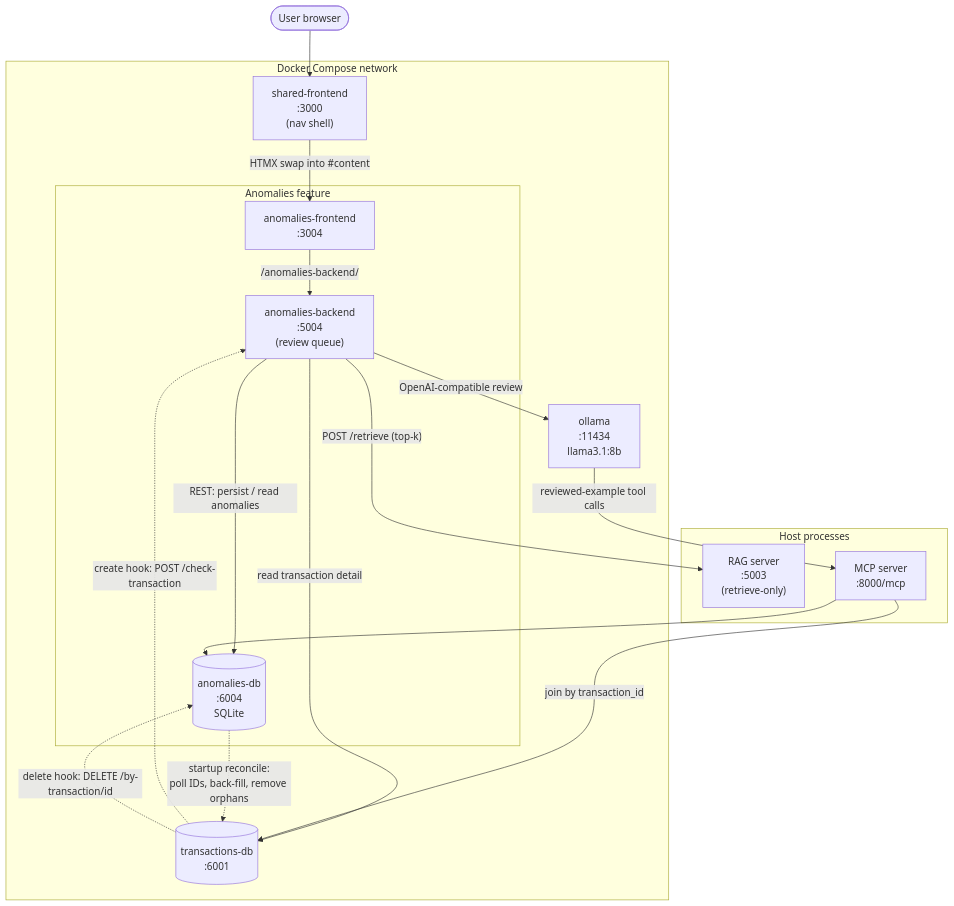
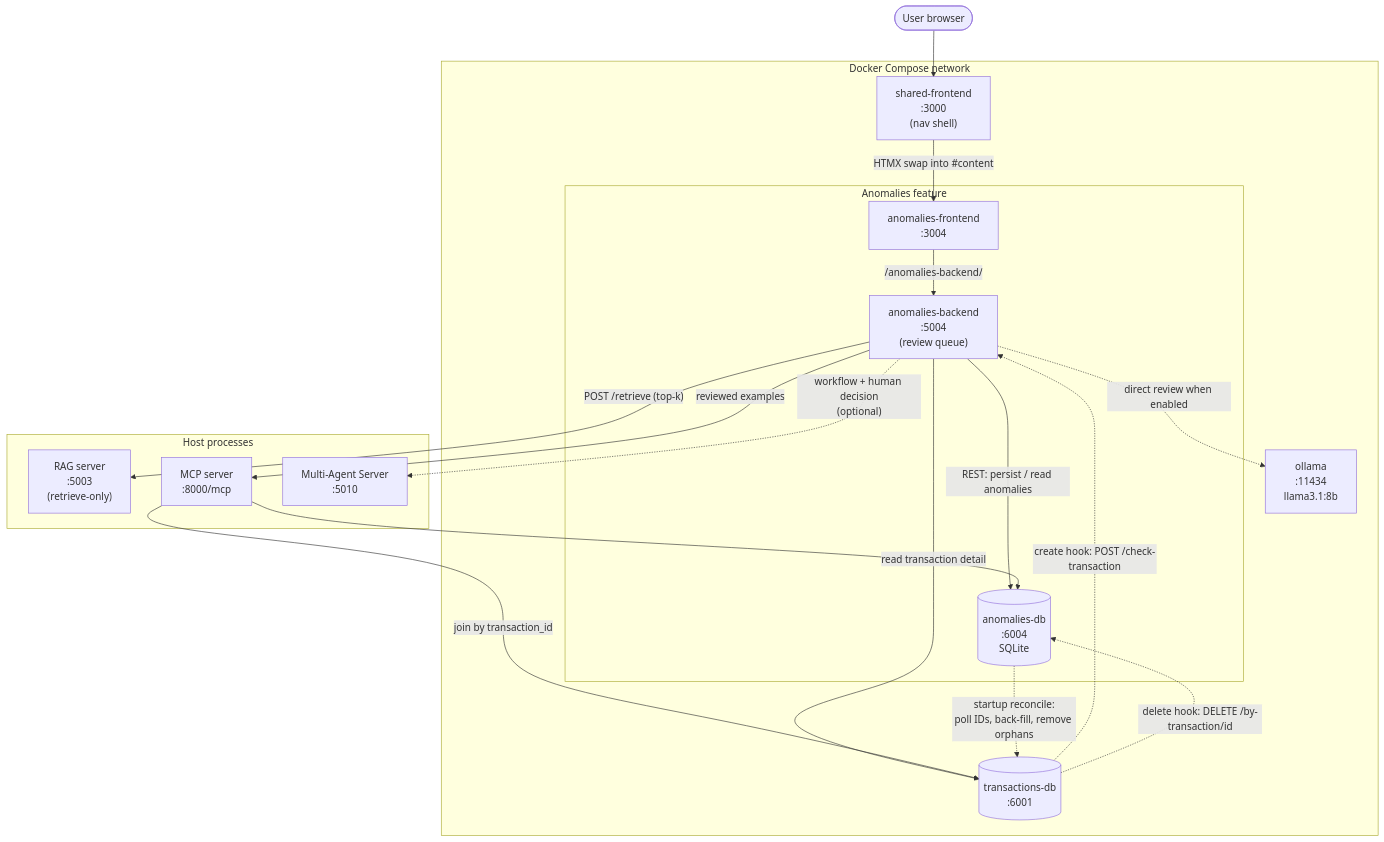
The diagram in docs/release-1/aiden/README.md (David-S-22/Tally), drawn with Mermaid before and after one commit. The commit also changed other lines of this file and 22 other files, not shown here.

Commit message:
multi agent workflow

````diff
--- a/docs/release-1/aiden/README.md
+++ b/docs/release-1/aiden/README.md
@@ -18,39 +19,41 @@
 ```mermaid
 flowchart TB
     user([User browser])
 
     subgraph compose["Docker Compose network"]
         shared["shared-frontend<br/>:3000<br/>(nav shell)"]
 
         subgraph anomalies["Anomalies feature"]
             afe["anomalies-frontend<br/>:3004"]
             abe["anomalies-backend<br/>:5004<br/>(review queue)"]
             adb[("anomalies-db<br/>:6004<br/>SQLite")]
         end
 
         tdb[("transactions-db<br/>:6001")]
         ollama["ollama<br/>:11434<br/>llama3.1:8b"]
     end
 
     subgraph host["Host processes"]
         rag["RAG server<br/>:5003<br/>(retrieve-only)"]
         mcp["MCP server<br/>:8000/mcp"]
+        multi["Multi-Agent Server<br/>:5010"]
     end
 
     user --> shared
     shared -->|"HTMX swap into #content"| afe
     afe -->|"/anomalies-backend/"| abe
 
     abe -->|"REST: persist / read anomalies"| adb
     abe -->|"read transaction detail"| tdb
-    abe -->|"OpenAI-compatible review"| ollama
+    abe -.->|"direct review when enabled"| ollama
     abe -->|"POST /retrieve (top-k)"| rag
+    abe -->|"reviewed examples"| mcp
+    abe -.->|"workflow + human decision<br/>(optional)"| multi
 
-    ollama -->|"reviewed-example tool calls"| mcp
     mcp -->|"join by transaction_id"| tdb
     mcp --> adb
 
     adb -.->|"startup reconcile:<br/>poll IDs, back-fill, remove orphans"| tdb
     tdb -.->|"create hook: POST /check-transaction"| abe
     tdb -.->|"delete hook: DELETE /by-transaction/id"| adb
 ```
````
